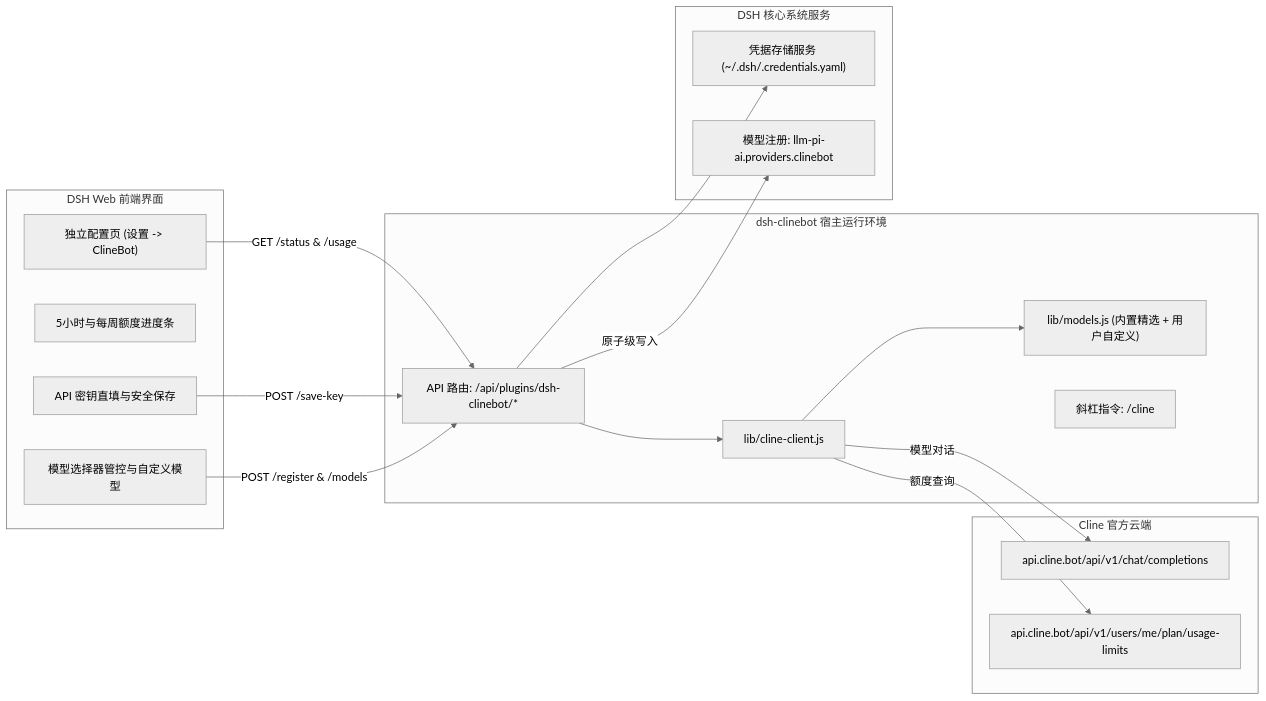
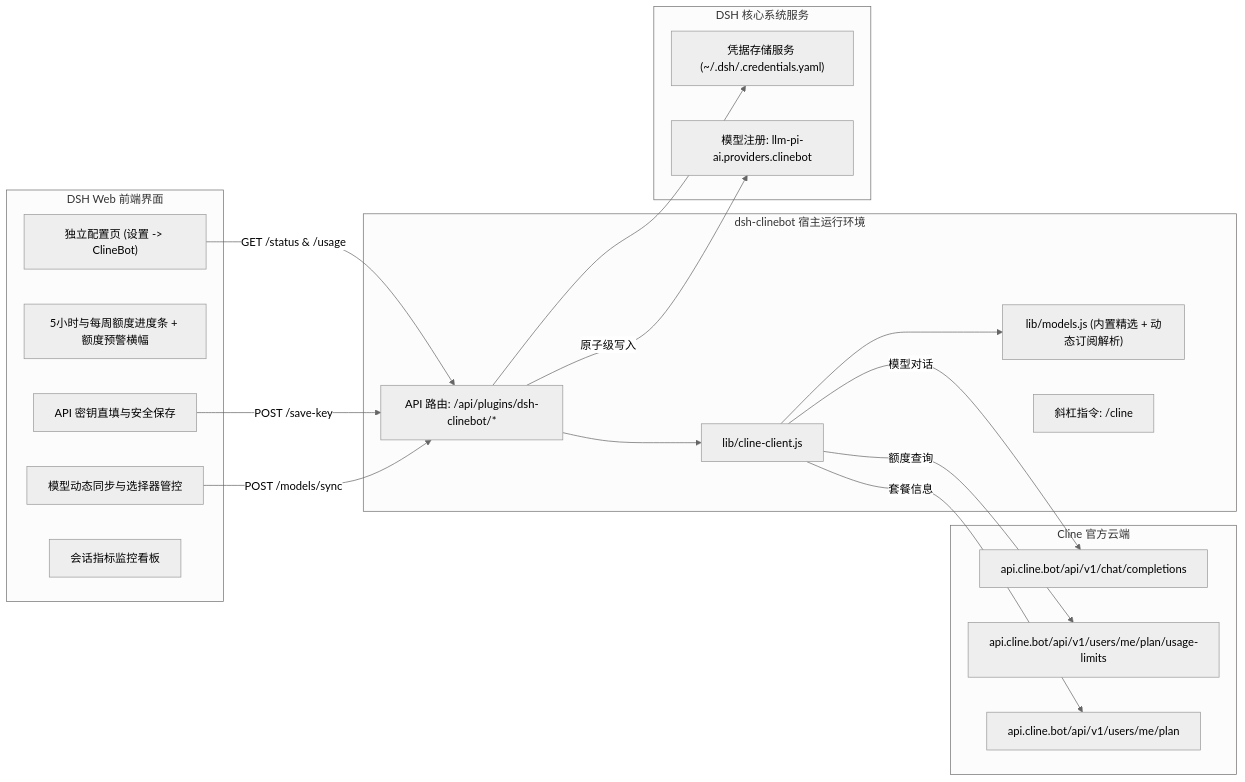
One commit to GooDAnDReaDY/dsh-clinebot changed the diagram in docs/README.zh.md. Above: the diagram before and after it, drawn with Mermaid (neutral theme). The commit also changed other lines of this file and 11 other files, not shown here.

First line of the commit message:
feat: dynamic subscription models sync, quota exhaustion alerts, and session telemetry

````diff
--- a/docs/README.zh.md
+++ b/docs/README.zh.md
@@ -51,36 +53,39 @@
 ```mermaid
 graph LR
     subgraph UI [DSH Web 前端界面]
         Page["独立配置页 (设置 -> ClineBot)"]
-        QuotaBar["5小时与每周额度进度条"]
+        QuotaBar["5小时与每周额度进度条 + 额度预警横幅"]
         KeyInput["API 密钥直填与安全保存"]
-        ModelPick["模型选择器管控与自定义模型"]
+        ModelPick["模型动态同步与选择器管控"]
+        StatsCard["会话指标监控看板"]
     end
 
     subgraph PluginHost [dsh-clinebot 宿主运行环境]
         HttpEndpoints["API 路由: /api/plugins/dsh-clinebot/*"]
         ClientCore["lib/cline-client.js"]
-        ModelCatalog["lib/models.js (内置精选 + 用户自定义)"]
+        ModelCatalog["lib/models.js (内置精选 + 动态订阅解析)"]
         SlashCmd["斜杠指令: /cline"]
     end
 
     subgraph DSHCore [DSH 核心系统服务]
         Credentials["凭据存储服务 (~/.dsh/.credentials.yaml)"]
         PiAi["模型注册: llm-pi-ai.providers.clinebot"]
     end
 
     subgraph Upstream [Cline 官方云端]
         ClinePass["api.cline.bot/api/v1/chat/completions"]
         ClineQuota["api.cline.bot/api/v1/users/me/plan/usage-limits"]
+        ClinePlan["api.cline.bot/api/v1/users/me/plan"]
     end
 
     Page -->|GET /status & /usage| HttpEndpoints
     KeyInput -->|POST /save-key| HttpEndpoints
-    ModelPick -->|POST /register & /models| HttpEndpoints
+    ModelPick -->|POST /models/sync| HttpEndpoints
     HttpEndpoints --> Credentials
     HttpEndpoints --> ClientCore
     ClientCore --> ModelCatalog
     HttpEndpoints -->|原子级写入| PiAi
     ClientCore -->|模型对话| ClinePass
     ClientCore -->|额度查询| ClineQuota
+    ClientCore -->|套餐信息| ClinePlan
 ```
````
